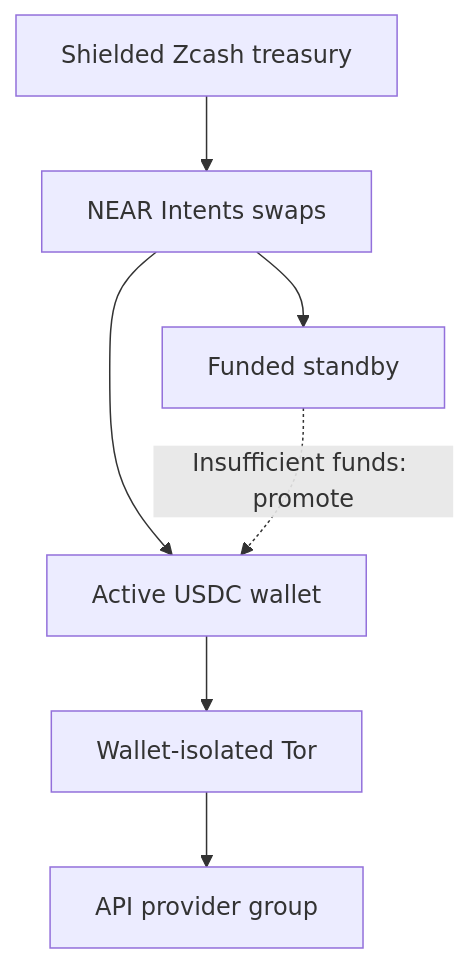
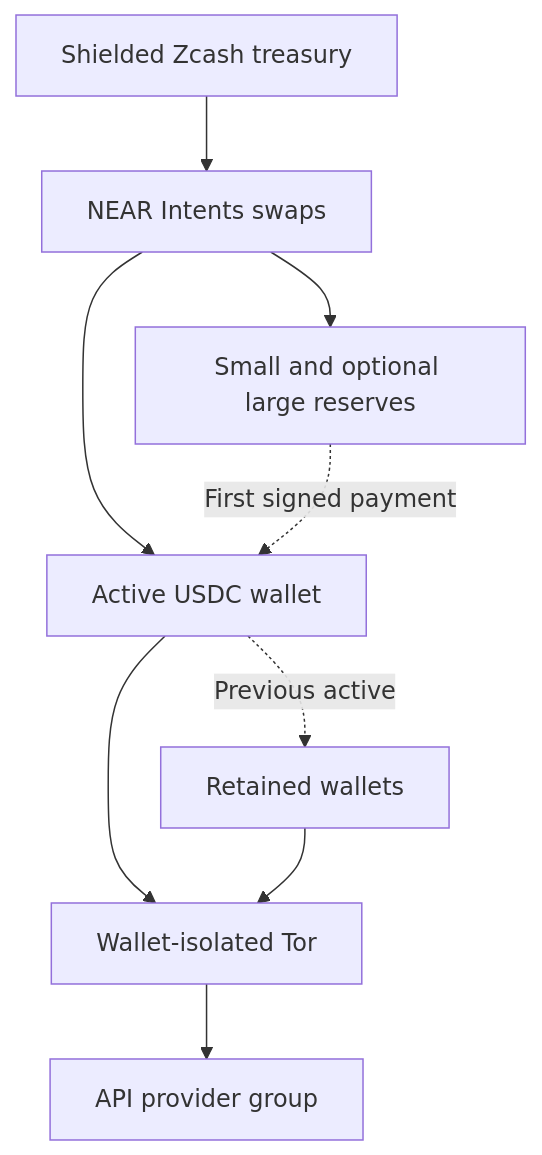
One commit to mikeperry-tor/x402_treazury changed the diagram in README.md. Above: the diagram before and after it, drawn with Mermaid. The commit also changed other lines of this file and 139 other files, not shown here.

Commit message:
Implement claimed reserve capacity and retained-wallet payment selection

````diff
--- a/README.md
+++ b/README.md
@@ -18,9 +18,11 @@
 ```mermaid
 flowchart TB
     Z[Shielded Zcash treasury] --> N[NEAR Intents swaps]
     N --> A[Active USDC wallet]
-    N --> B[Funded standby]
-    B -. Insufficient funds: promote .-> A
+    N --> B[Small and optional large reserves]
+    B -. First signed payment .-> A
+    A -. Previous active .-> R[Retained wallets]
     A --> T[Wallet-isolated Tor]
+    R --> T
     T --> P[API provider group]
 ```
````
